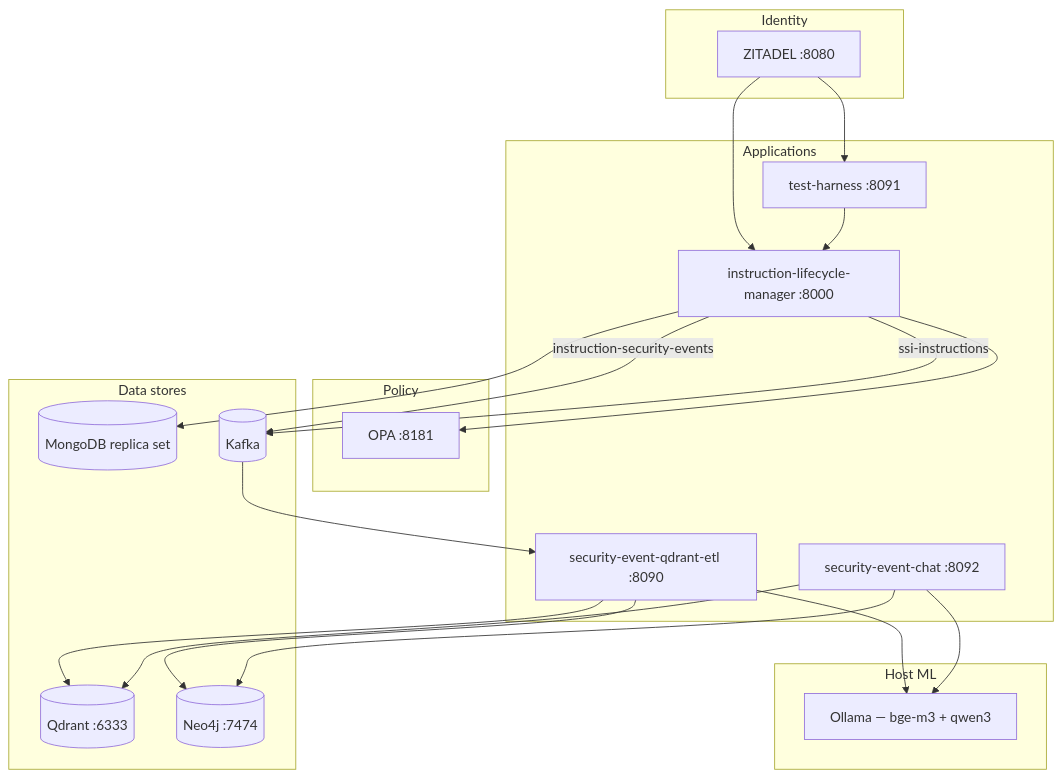
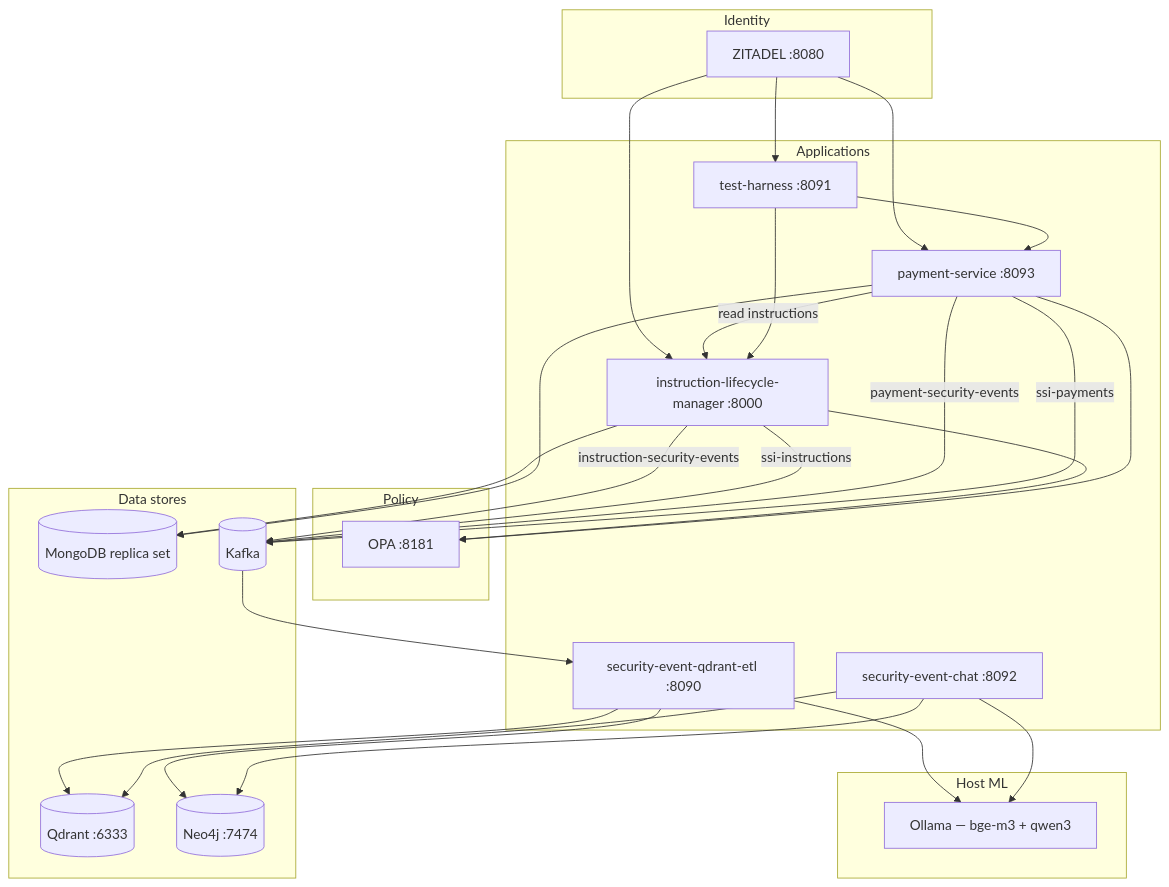
Before and after one commit to sanjuthomas/policy-pilot: the first of 4 diagrams in README.md, drawn with Mermaid. The commit also changed other lines of this file and 92 other files, not shown here.

First line of the commit message:
feat(payments): add payment lifecycle service and extend RAG stack

````diff
--- a/README.md
+++ b/README.md
@@ -36,43 +42,51 @@
 ```mermaid
 flowchart TB
     subgraph auth [Identity]
         ZITADEL[ZITADEL :8080]
     end
 
     subgraph apps [Applications]
         ILM[instruction-lifecycle-manager :8000]
+        PAY[payment-service :8093]
         HARNESS[test-harness :8091]
         ETL[security-event-qdrant-etl :8090]
         CHAT[security-event-chat :8092]
     end
 
     subgraph policy [Policy]
         OPA[OPA :8181]
     end
 
     subgraph stores [Data stores]
         MONGO[(MongoDB replica set)]
         KAFKA[(Kafka)]
         QD[(Qdrant :6333)]
         NEO[(Neo4j :7474)]
     end
 
     subgraph ml [Host ML]
         OLLAMA[Ollama — bge-m3 + qwen3]
     end
 
     ZITADEL --> ILM
+    ZITADEL --> PAY
     ZITADEL --> HARNESS
     ILM --> OPA
+    PAY --> OPA
     ILM --> MONGO
+    PAY --> MONGO
+    PAY -->|read instructions| ILM
     ILM -->|instruction-security-events| KAFKA
     ILM -->|ssi-instructions| KAFKA
+    PAY -->|payment-security-events| KAFKA
+    PAY -->|ssi-payments| KAFKA
     KAFKA --> ETL
     ETL --> QD
     ETL --> NEO
     ETL --> OLLAMA
     CHAT --> QD
     CHAT --> NEO
     CHAT --> OLLAMA
     HARNESS --> ILM
+    HARNESS --> PAY
 ```
````
